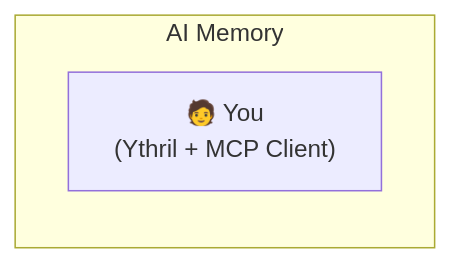
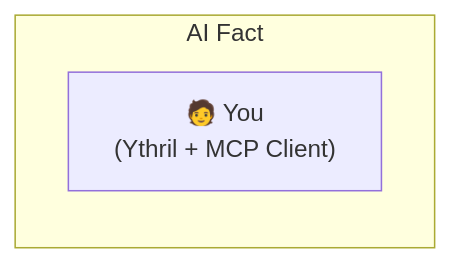
The ninth of 9 diagrams in docs/usecase-examples/01-sharing-and-distribution.md (ythril-network/Ythril), drawn with Mermaid before and after one commit. The commit also changed other lines of this file and 464 other files, not shown here.

First line of the commit message:
feat(api)!: the knowledge type memory becomes fact (A-2)

````diff
--- a/docs/usecase-examples/01-sharing-and-distribution.md
+++ b/docs/usecase-examples/01-sharing-and-distribution.md
@@ -260,6 +260,6 @@
 ```mermaid
 graph LR
-    subgraph "AI Memory"
+    subgraph "AI Fact"
         You["🧑 You<br/>(Ythril + MCP Client)"]
     end
 ```
````
